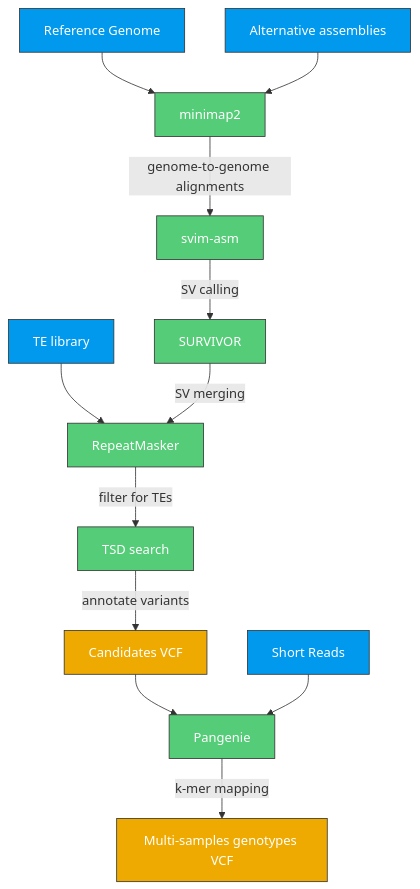
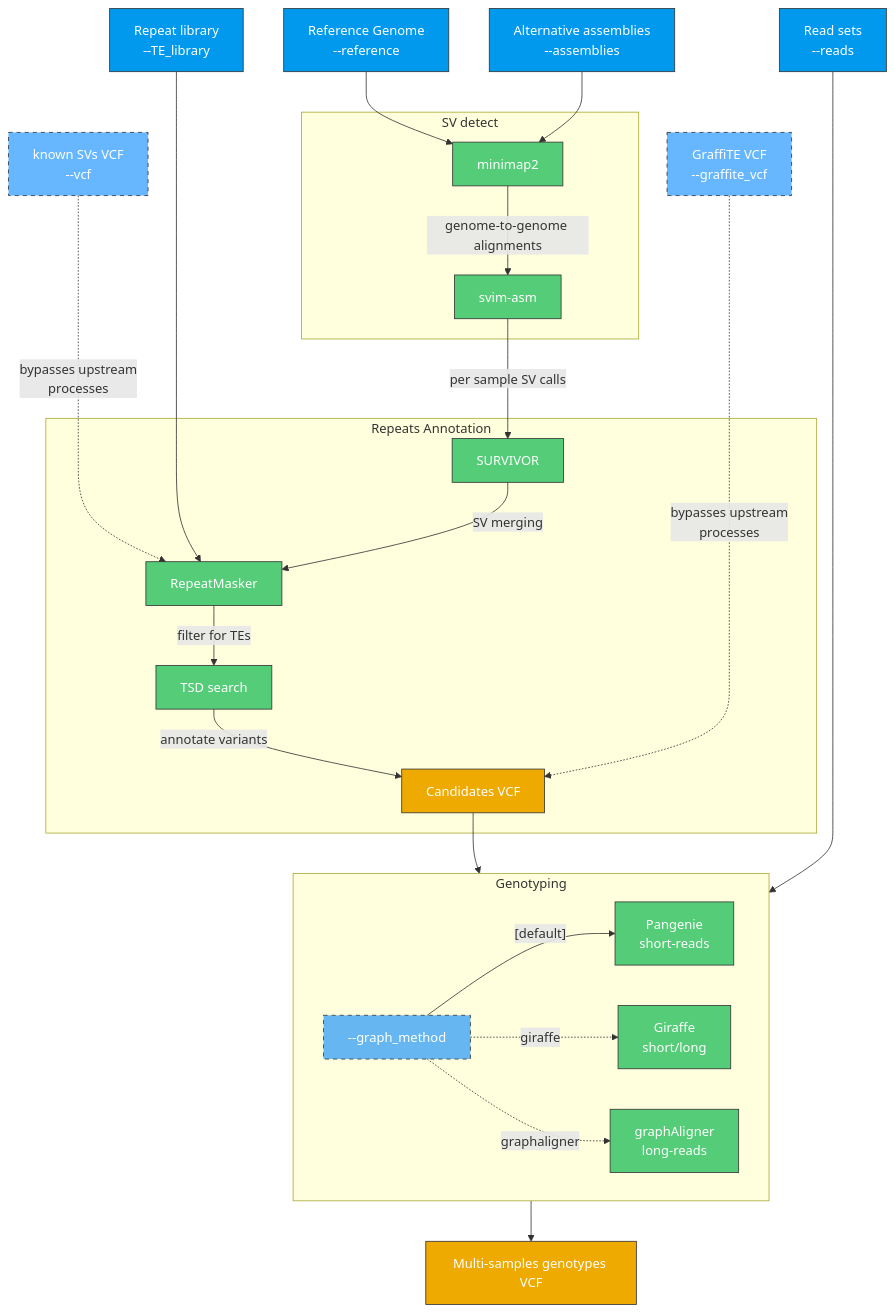
The diagram in README.md (cgroza/GraffiTE), drawn with Mermaid before and after one commit. The commit also changed other lines of this file and 1 other file, not shown here.

````diff
--- a/README.md
+++ b/README.md
@@ -25,17 +37,35 @@
 ```mermaid
 graph TD;
-I1[Reference Genome]:::data-->S1[minimap2]:::script
-I2[Alternative assemblies]:::data-->S1
+I1[Reference Genome \n --reference]:::data-->S1
+I2[Alternative assemblies \n --assemblies]:::data-->S1
+I2bis[known SVs VCF \n --vcf]:::data2-.bypasses upstream \n processes...->S4
+subgraph SV detect
+S1[minimap2]:::script
 S1--genome-to-genome alignments-->S2[svim-asm]:::script
-S2--SV calling-->S3[SURVIVOR]:::script
-I5[TE library]:::data-->S4
+end
+S2--per sample SV calls-->S3
+I5[Repeat library \n --TE_library]:::data----->S4
+subgraph Repeats Annotation
+S3[SURVIVOR]:::script
 S3--SV merging-->S4[RepeatMasker]:::script
 S4--filter for TEs-->S5[TSD search]:::script
 S5--annotate variants-->V1[Candidates VCF]:::VCF
-V1-->S6[Pangenie]:::script
-S6--k-mer mapping-->I4[Multi-samples genotypes VCF]:::VCF
-I3[Short Reads]:::data-->S6
+end
+V1-->Genotyping
+I7[GraffiTE VCF \n --graffite_vcf]:::data2-.bypasses upstream \n processes.....->V1
+subgraph Genotyping
+S6choice[--graph_method]:::data2
+S6choice--"[default]"-->S6.1
+S6choice-.giraffe.->S6.2
+S6choice-.graphaligner.->S6.3
+S6.1[Pangenie \n short-reads]:::script
+S6.2[Giraffe \n short/long]:::script
+S6.3[graphAligner \n long-reads]:::script
+end
+Genotyping-->I4[Multi-samples genotypes VCF]:::VCF
+I3[Read sets \n --reads]:::data-------->Genotyping
 classDef data fill:#09E,stroke:#333,color:#FFF;
+classDef data2 fill:#08F9,stroke:#333,color:#FFF,stroke-dasharray:5;
 classDef script fill:#5C7,stroke:#333,stroke-width:1px,color:#FFF;
 classDef VCF fill:#EA0,stroke:#333,stroke-width:1px,color:#FFF
 ```
````
